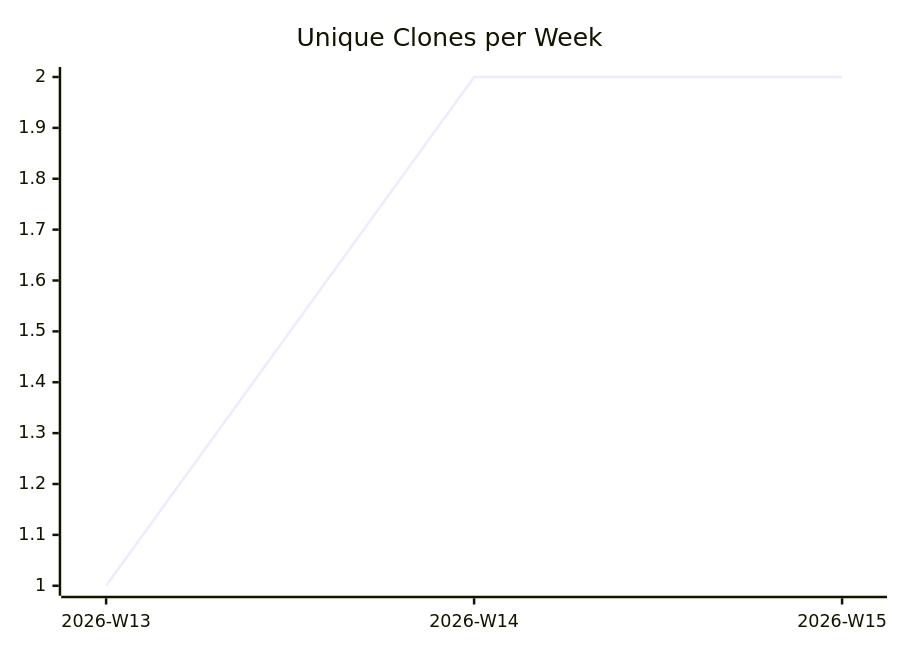
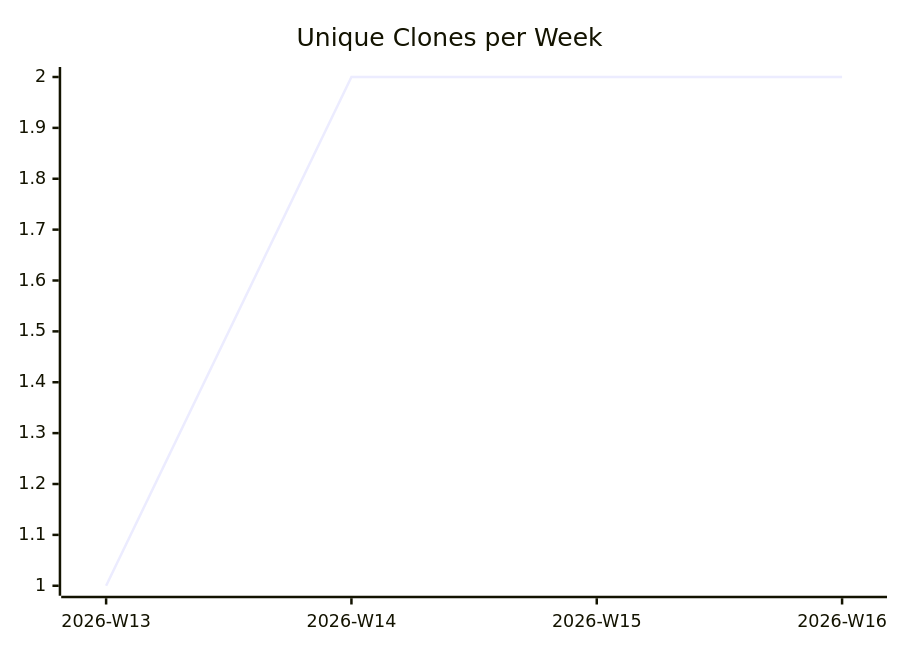
Before and after one commit to justdavis-family/github-analytics-data: the third of 3 diagrams in karlmdavis/hello-rust-actix/README.md, drawn with Mermaid. The commit also changed other lines of this file and 173 other files, not shown here.

````diff
--- a/karlmdavis/hello-rust-actix/README.md
+++ b/karlmdavis/hello-rust-actix/README.md
@@ -19,6 +19,6 @@
 ```mermaid
 xychart-beta
   title "Unique Clones per Week"
-  x-axis ["2026-W13", "2026-W14", "2026-W15"]
-  line [1, 2, 2]
+  x-axis ["2026-W13", "2026-W14", "2026-W15", "2026-W16"]
+  line [1, 2, 2, 2]
 ```
````
